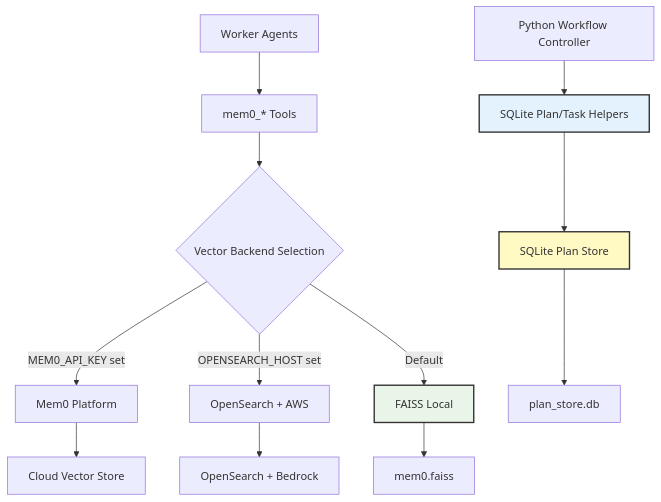
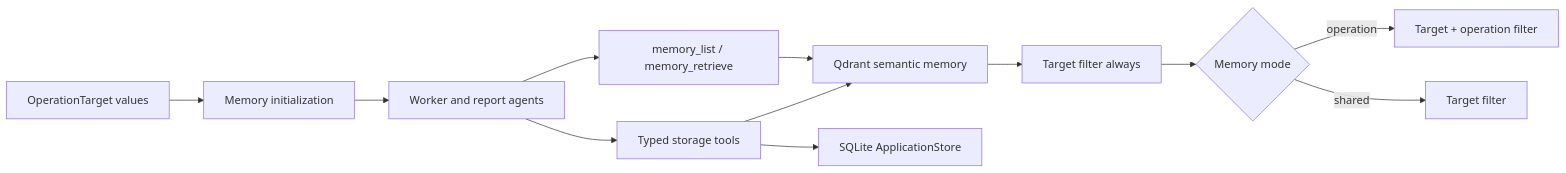
The diagram in docs/memory.md (double16/Cyber-AutoAgent-ng), drawn with Mermaid before and after one commit. The commit also changed other lines of this file and 118 other files, not shown here.

First line of the commit message:
semantic database uses qdrant, centralize databases (#210)

````diff
--- a/docs/memory.md
+++ b/docs/memory.md
@@ -20,20 +14,14 @@
 ```mermaid
-graph TD
-    A[Python Workflow Controller] --> B[SQLite Plan/Task Helpers]
-    C[Worker Agents] --> D[mem0_* Tools]
-    B --> E[SQLite Plan Store]
-    D --> F{Vector Backend Selection}
-
-    F -->|MEM0_API_KEY set| G[Mem0 Platform]
-    F -->|OPENSEARCH_HOST set| H[OpenSearch + AWS]
-    F -->|Default| I[FAISS Local]
-
-    E --> J[plan_store.db]
-    G --> K[Cloud Vector Store]
-    H --> L[OpenSearch + Bedrock]
-    I --> M[mem0.faiss]
-
-    style B fill:#e3f2fd,stroke:#333,stroke-width:2px
-    style E fill:#fff9c4,stroke:#333,stroke-width:2px
-    style I fill:#e8f5e8,stroke:#333,stroke-width:2px
+flowchart LR
+    A[OperationTarget values] --> B[Memory initialization]
+    B --> C[Worker and report agents]
+    C --> D[memory_list / memory_retrieve]
+    C --> E[Typed storage tools]
+    D --> F[Qdrant semantic memory]
+    E --> F
+    E --> G[SQLite ApplicationStore]
+    F --> H[Target filter always]
+    H --> I{Memory mode}
+    I -->|operation| J[Target + operation filter]
+    I -->|shared| K[Target filter]
 ```
````
